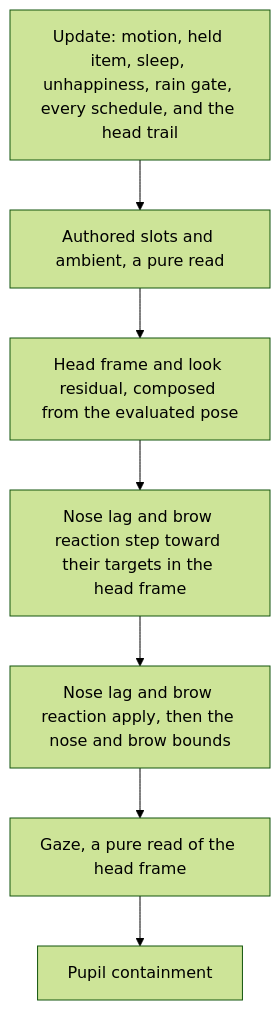
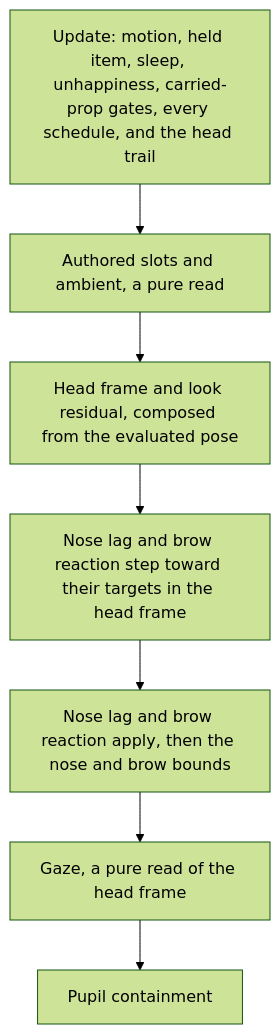
The second of 3 diagrams in docs/references/animation_system.md (breezes-dev/Settlements-Alpha), drawn with Mermaid (forest theme) before and after one commit. The commit also changed other lines of this file and 77 other files, not shown here.

````diff
--- a/docs/references/animation_system.md
+++ b/docs/references/animation_system.md
@@ -261,10 +264,10 @@
 ```mermaid
 flowchart TD
-    Update["Update: motion, held item, sleep, unhappiness, rain gate, every schedule, and the head trail"]
+    Update["Update: motion, held item, sleep, unhappiness, carried-prop gates, every schedule, and the head trail"]
     Update --> Slots["Authored slots and ambient, a pure read"]
     Slots --> HeadFrame["Head frame and look residual, composed from the evaluated pose"]
     HeadFrame --> Step["Nose lag and brow reaction step toward their targets in the head frame"]
     Step --> Apply["Nose lag and brow reaction apply, then the nose and brow bounds"]
     Apply --> Gaze["Gaze, a pure read of the head frame"]
     Gaze --> Contain["Pupil containment"]
 ```
````
